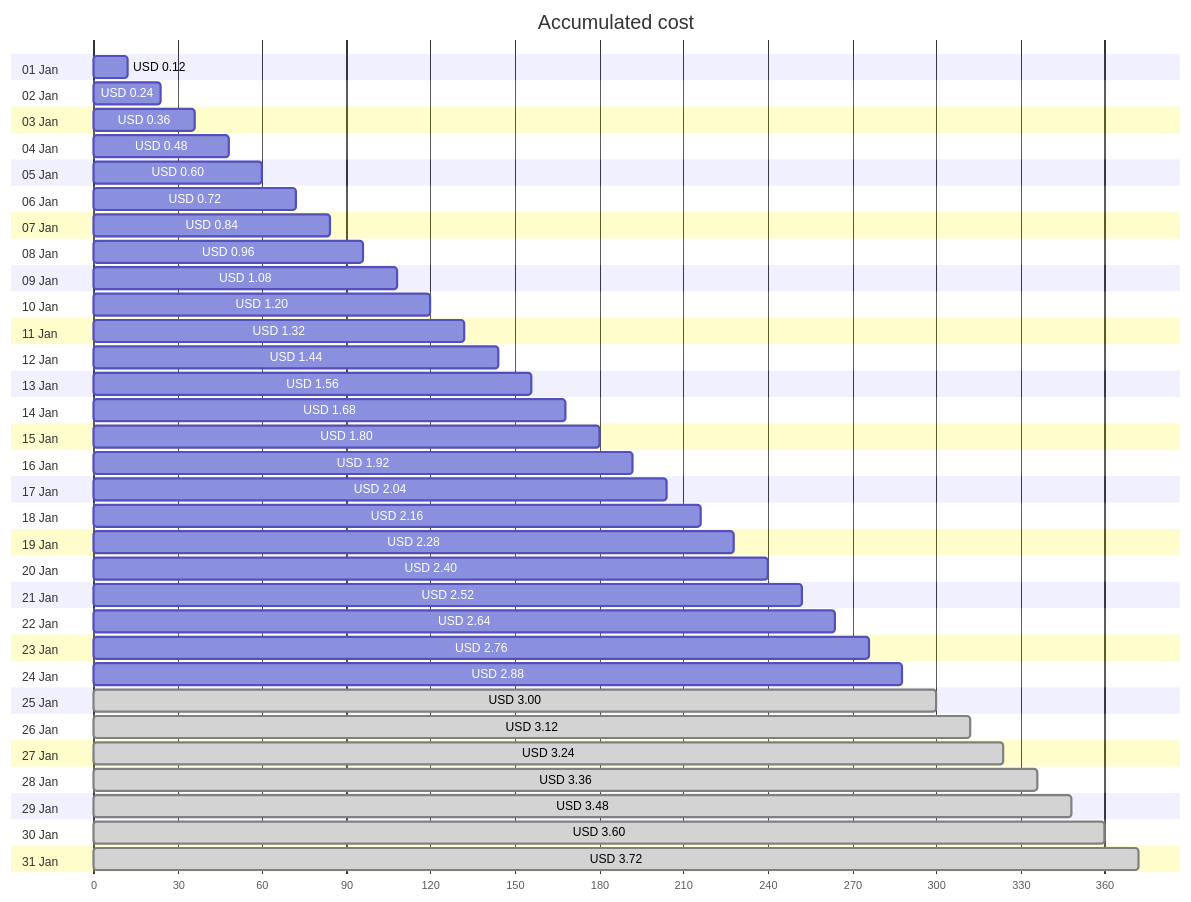
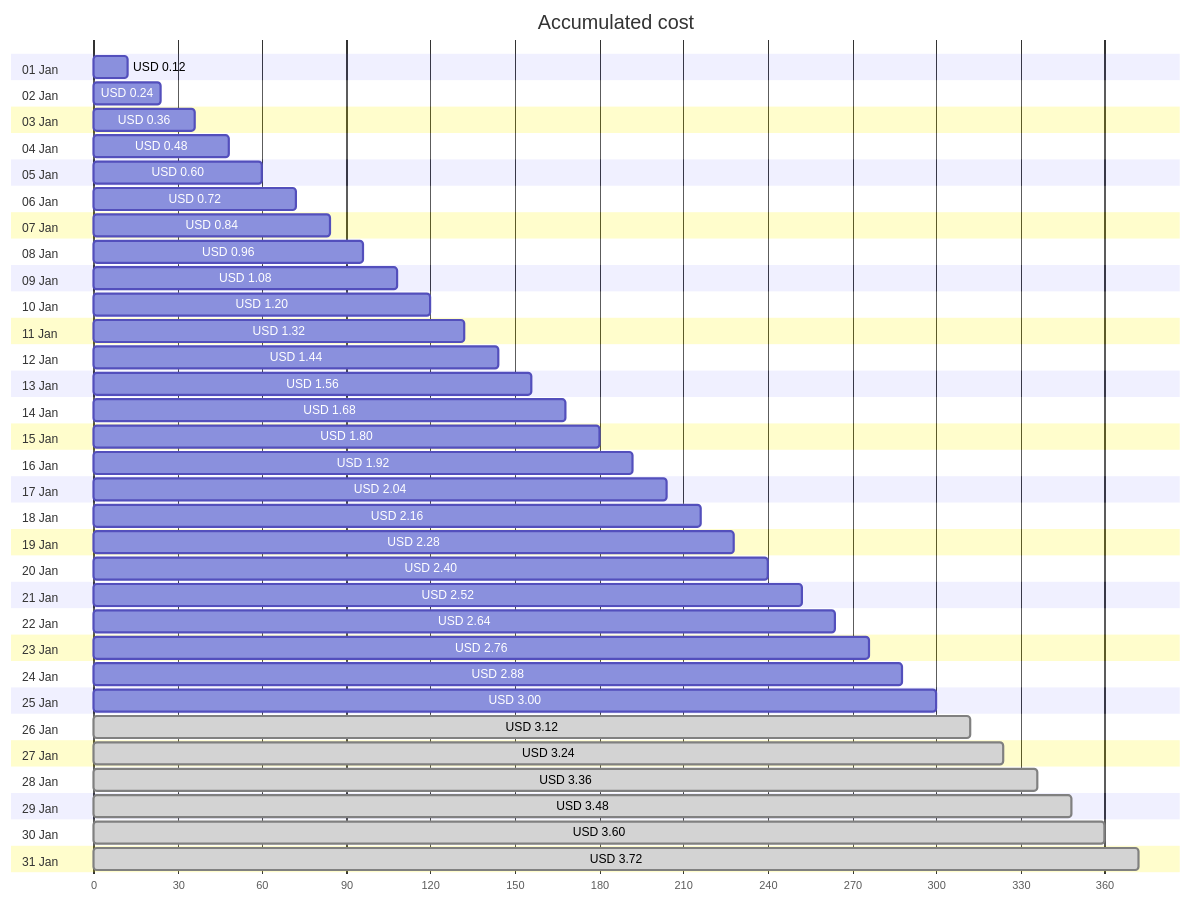
Before and after one commit to jpfulton/azure-personal-reports: the first of 4 diagrams in cost-reports/personal-network/backup-server-public-ip.md, drawn with Mermaid. The commit also changed other lines of this file and 8 other files, not shown here.

````diff
--- a/cost-reports/personal-network/backup-server-public-ip.md
+++ b/cost-reports/personal-network/backup-server-public-ip.md
@@ -20,68 +20,68 @@
 ```mermaid
 gantt
    title Accumulated cost
    dateFormat  X
    axisFormat %s
    section 01 Jan
    USD 0.12 :0, 12
    section 02 Jan
    USD 0.24 :0, 24
    section 03 Jan
    USD 0.36 :0, 36
    section 04 Jan
    USD 0.48 :0, 48
    section 05 Jan
    USD 0.60 :0, 60
    section 06 Jan
    USD 0.72 :0, 72
    section 07 Jan
    USD 0.84 :0, 84
    section 08 Jan
    USD 0.96 :0, 96
    section 09 Jan
    USD 1.08 :0, 108
    section 10 Jan
    USD 1.20 :0, 120
    section 11 Jan
    USD 1.32 :0, 132
    section 12 Jan
    USD 1.44 :0, 144
    section 13 Jan
    USD 1.56 :0, 156
    section 14 Jan
    USD 1.68 :0, 168
    section 15 Jan
    USD 1.80 :0, 180
    section 16 Jan
    USD 1.92 :0, 192
    section 17 Jan
    USD 2.04 :0, 204
    section 18 Jan
    USD 2.16 :0, 216
    section 19 Jan
    USD 2.28 :0, 228
    section 20 Jan
    USD 2.40 :0, 240
    section 21 Jan
    USD 2.52 :0, 252
    section 22 Jan
    USD 2.64 :0, 264
    section 23 Jan
    USD 2.76 :0, 276
    section 24 Jan
    USD 2.88 :0, 288
    section 25 Jan
-   USD 3.00 : done, 0, 300
+   USD 3.00 :0, 300
    section 26 Jan
    USD 3.12 : done, 0, 312
    section 27 Jan
    USD 3.24 : done, 0, 324
    section 28 Jan
    USD 3.36 : done, 0, 336
    section 29 Jan
    USD 3.48 : done, 0, 348
    section 30 Jan
    USD 3.60 : done, 0, 360
    section 31 Jan
    USD 3.72 : done, 0, 372
 ```
````
